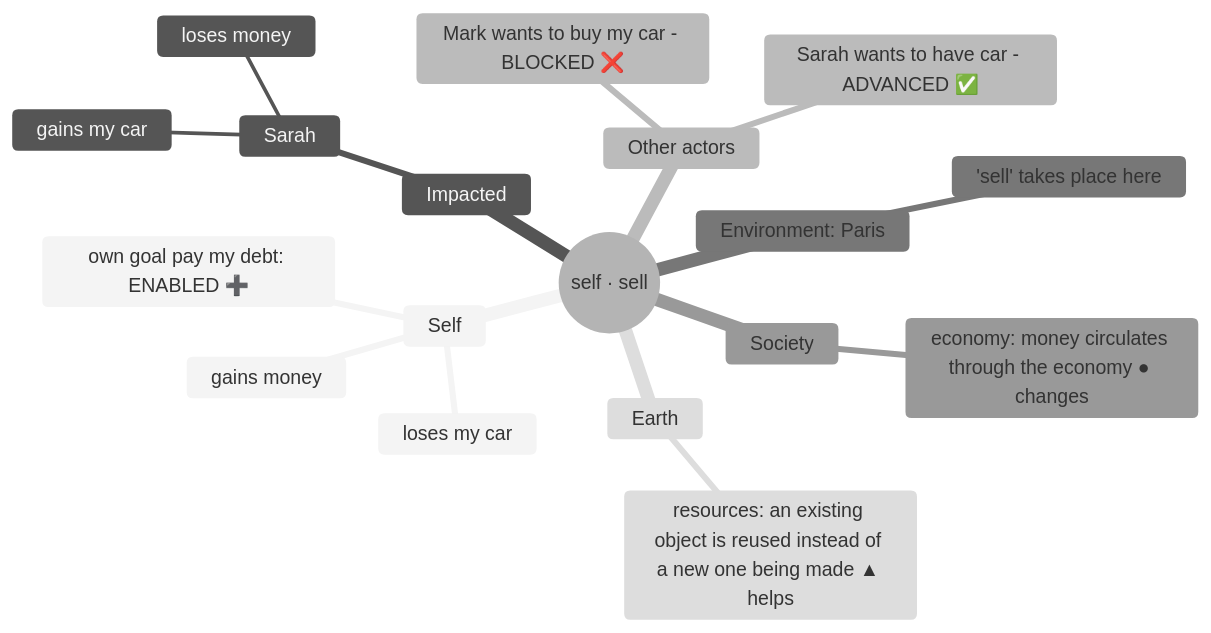
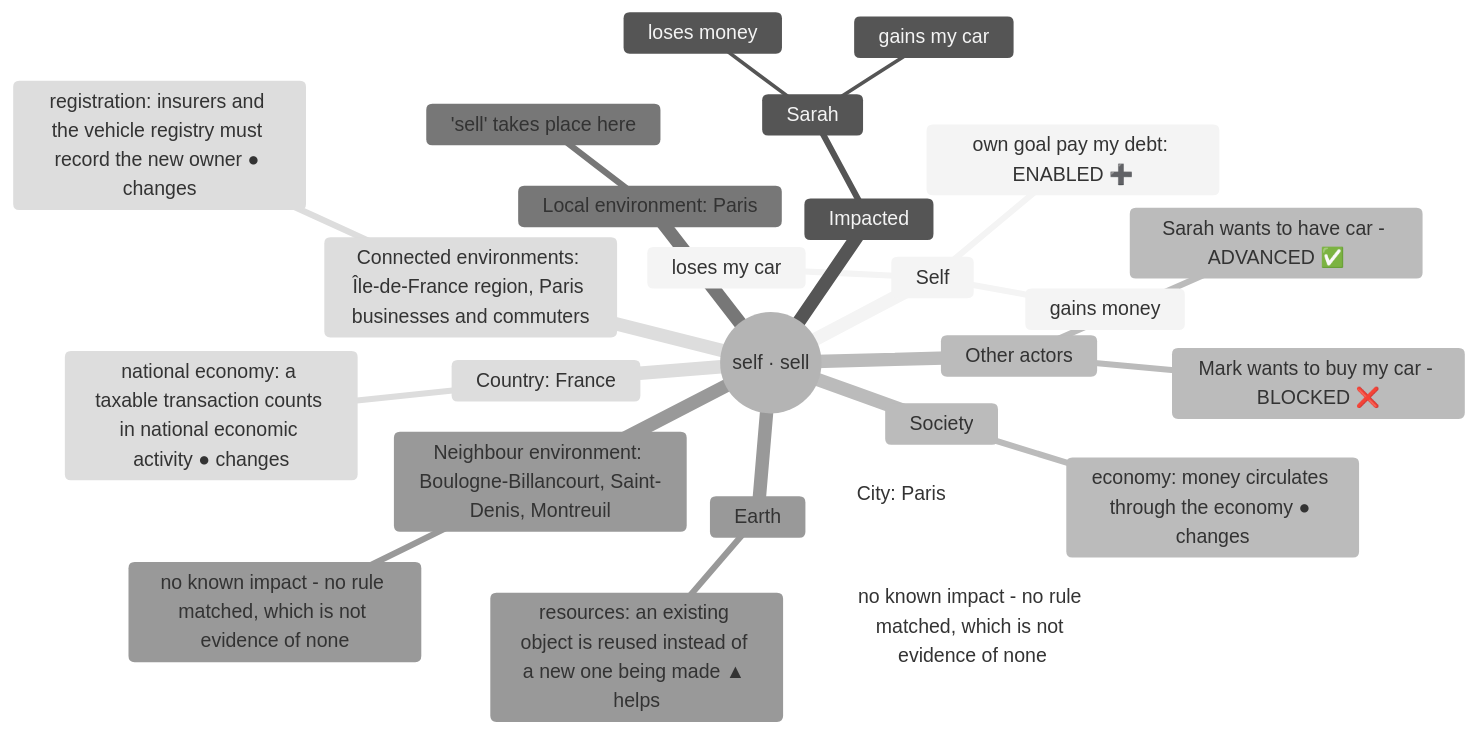
The second of 13 diagrams in README.md (Sherlock2019/ACM), drawn with Mermaid (neutral theme) before and after one commit. The commit also changed other lines of this file and 11 other files, not shown here.

First line of the commit message:
Add environment consequence layers and start.sh launcher

````diff
--- a/README.md
+++ b/README.md
@@ -60,21 +100,29 @@
 ```mermaid
 mindmap
   root((self · sell))
     Self
       loses my car
       gains money
       own goal pay my debt: ENABLED ➕
     Impacted
       Sarah
         gains my car
         loses money
     Other actors
       Mark wants to buy my car - BLOCKED ❌
       Sarah wants to have car - ADVANCED ✅
-    Environment: Paris
+    Local environment: Paris
       'sell' takes place here
+    Neighbour environment: Boulogne-Billancourt, Saint-Denis, Montreuil
+      no known impact - no rule matched, which is not evidence of none
+    Connected environments: Île-de-France region, Paris businesses and commuters
+      registration: insurers and the vehicle registry must record the new owner ● changes
+    City: Paris
+      no known impact - no rule matched, which is not evidence of none
+    Country: France
+      national economy: a taxable transaction counts in national economic activity ● changes
     Society
       economy: money circulates through the economy ● changes
     Earth
       resources: an existing object is reused instead of a new one being made ▲ helps
 ```
````
